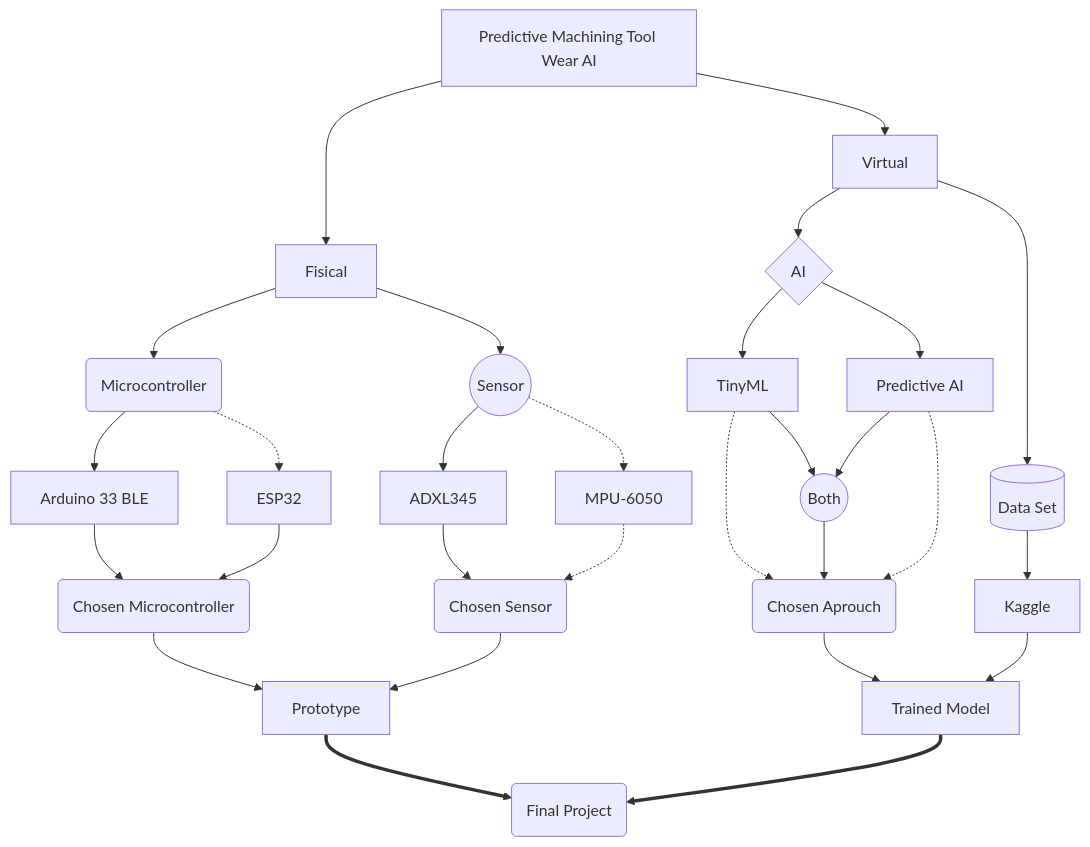
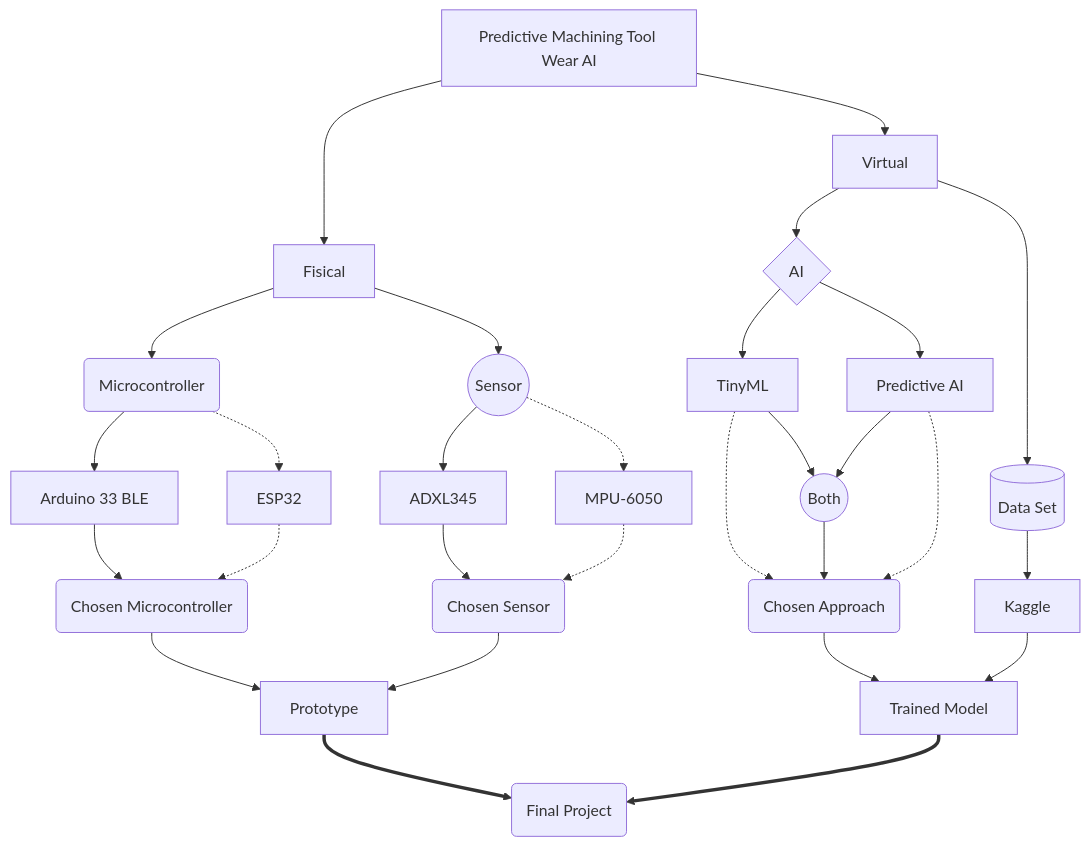
The diagram in Markdonw.md (PedroZia/Predictive-Machining-Tool-Wear-Maintenance-AI), drawn with Mermaid before and after one commit.

````diff
--- a/Markdonw.md
+++ b/Markdonw.md
@@ -1,21 +1,21 @@
 ```mermaid
 %% Diagrama de Fluxo
 graph TD
     A[Predictive Machining Tool Wear AI] --> B[Fisical]
     A --> C[Virtual]
     B --> D(Microcontroller)
     D --> H[Arduino 33 BLE] --> N
-    D -.-> I[ESP32] --> N(Chosen Microcontroller) --> P
+    D -.-> I[ESP32] -.-> N(Chosen Microcontroller) --> P
     B --> E((Sensor))
     E --> J[ADXL345] --> O
     E -.-> K[MPU-6050] -.-> O(Chosen Sensor)
     O --> P[Prototype] ==> S
     C --> F{AI}
-    F --> L[TinyML] -.-> Q(Chosen Aprouch) --> R
+    F --> L[TinyML] -.-> Q(Chosen Approach) --> R
     L --> T((Both)) --> Q
     M --> T
     F --> M[Predictive AI] -.-> Q
     C --> G[(Data Set)] 
     G --> Z[Kaggle] --> R[Trained Model]
     R ==> S(Final Project)
 ```
````
